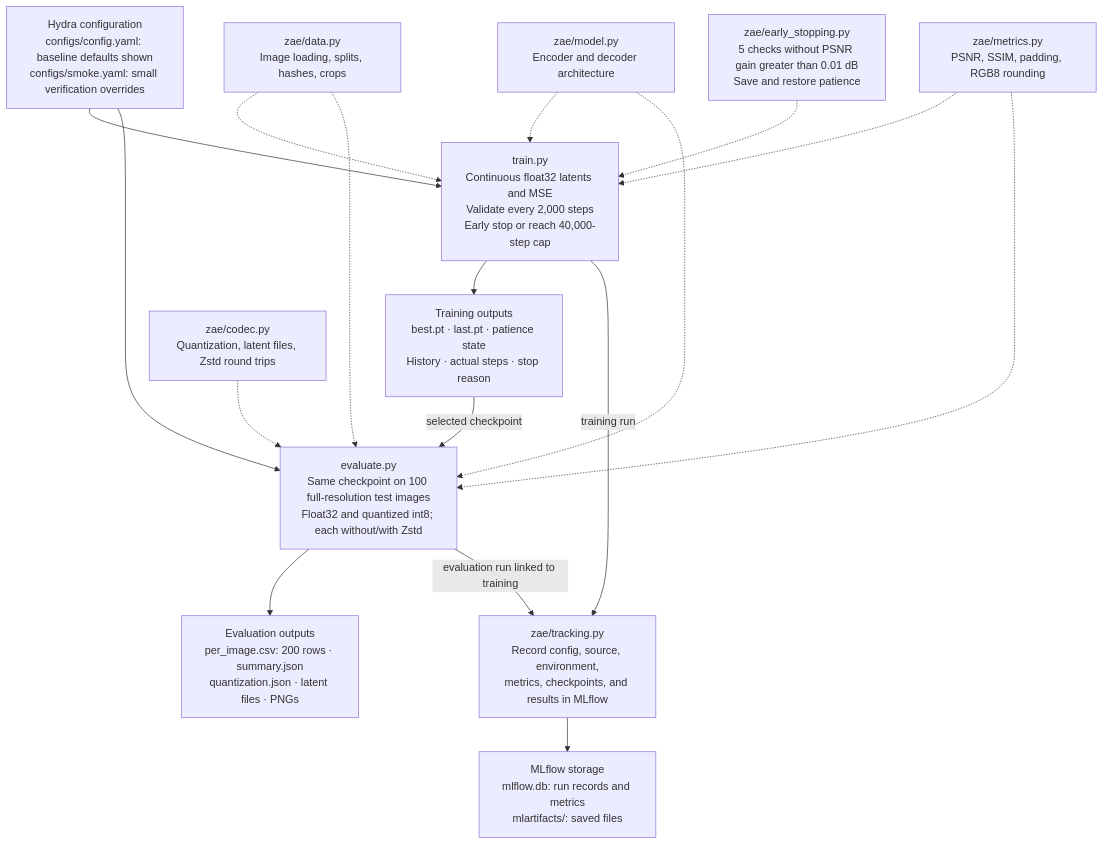
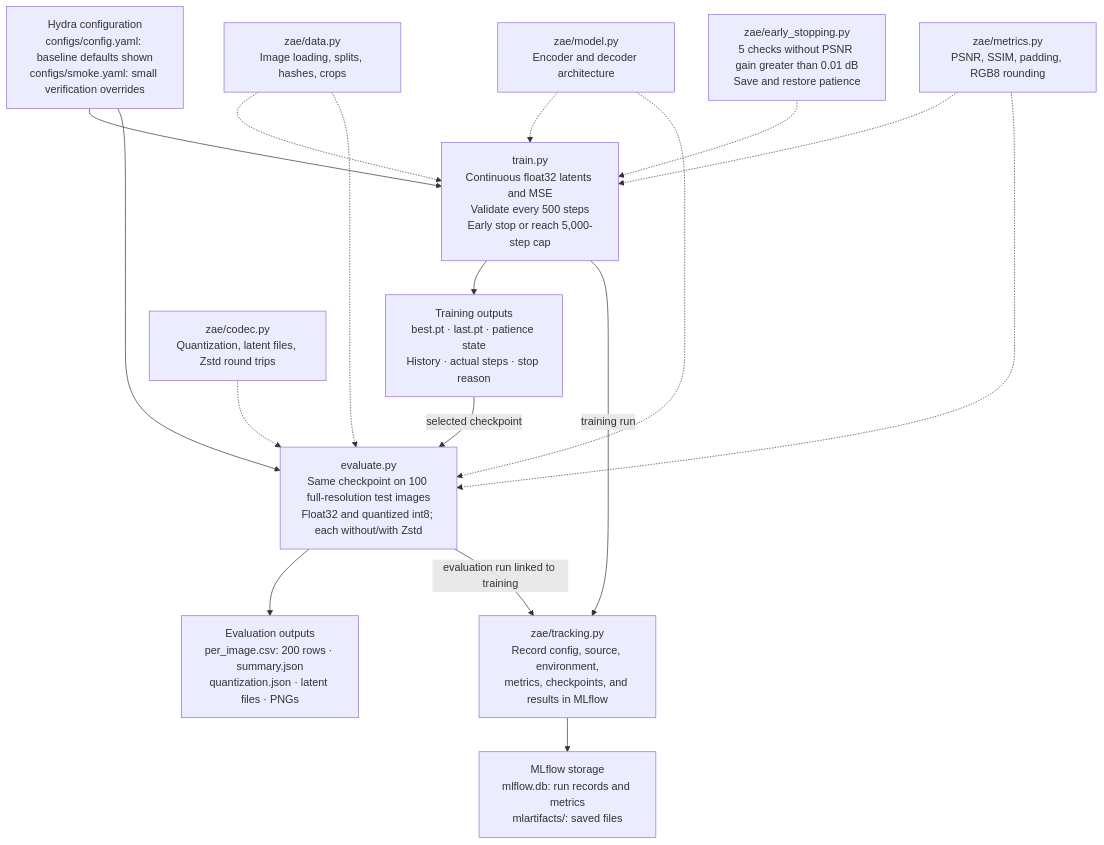
Before and after one commit to OussemaBenAmeur/Zstd-Optimized-Autoencoder: the diagram in documentation/pipeline.mmd, drawn with Mermaid. The commit also changed 5 other files, not shown here.

```diff
--- a/documentation/pipeline.mmd
+++ b/documentation/pipeline.mmd
@@ -1,34 +1,34 @@
 flowchart TD
     CONFIG["Hydra configuration<br/>configs/config.yaml: baseline defaults shown<br/>configs/smoke.yaml: small verification overrides"]
-    TRAIN["train.py<br/>Continuous float32 latents and MSE<br/>Validate every 2,000 steps<br/>Early stop or reach 40,000-step cap"]
+    TRAIN["train.py<br/>Continuous float32 latents and MSE<br/>Validate every 500 steps<br/>Early stop or reach 5,000-step cap"]
     CHECKPOINT["Training outputs<br/>best.pt · last.pt · patience state<br/>History · actual steps · stop reason"]
     EVAL["evaluate.py<br/>Same checkpoint on 100 full-resolution test images<br/>Float32 and quantized int8; each without/with Zstd"]
     RESULTS["Evaluation outputs<br/>per_image.csv: 200 rows · summary.json<br/>quantization.json · latent files · PNGs"]
 
     CONFIG --> TRAIN
     CONFIG --> EVAL
     TRAIN --> CHECKPOINT
     CHECKPOINT -->|selected checkpoint| EVAL
     EVAL --> RESULTS
 
     DATA["zae/data.py<br/>Image loading, splits, hashes, crops"]
     MODEL["zae/model.py<br/>Encoder and decoder architecture"]
     METRICS["zae/metrics.py<br/>PSNR, SSIM, padding, RGB8 rounding"]
     CODEC["zae/codec.py<br/>Quantization, latent files, Zstd round trips"]
     STOP["zae/early_stopping.py<br/>5 checks without PSNR gain greater than 0.01 dB<br/>Save and restore patience"]
 
     DATA -.-> TRAIN
     DATA -.-> EVAL
     MODEL -.-> TRAIN
     MODEL -.-> EVAL
     METRICS -.-> TRAIN
     METRICS -.-> EVAL
     CODEC -.-> EVAL
     STOP -.-> TRAIN
 
     TRACK["zae/tracking.py<br/>Record config, source, environment,<br/>metrics, checkpoints, and results in MLflow"]
     STORE["MLflow storage<br/>mlflow.db: run records and metrics<br/>mlartifacts/: saved files"]
 
     TRAIN -->|training run| TRACK
     EVAL -->|evaluation run linked to training| TRACK
     TRACK --> STORE
```
